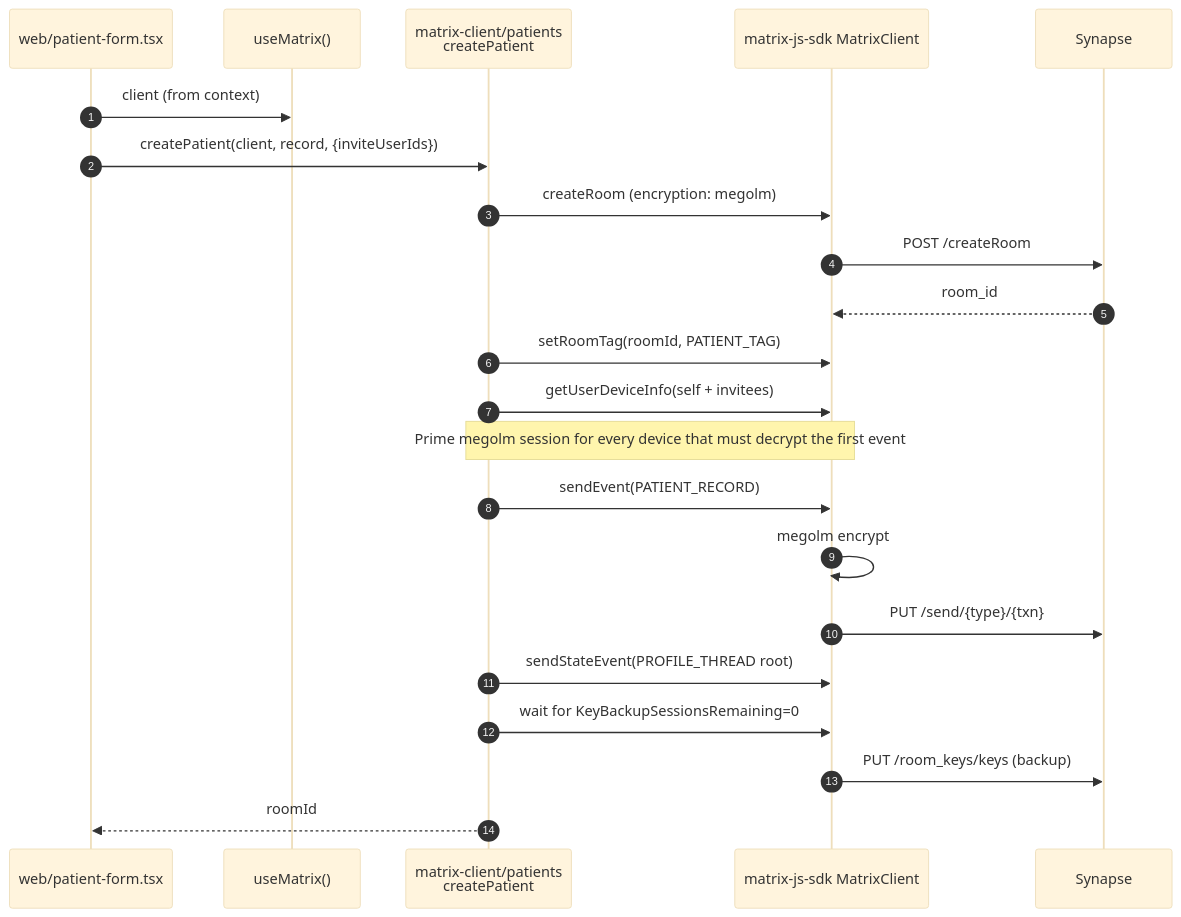
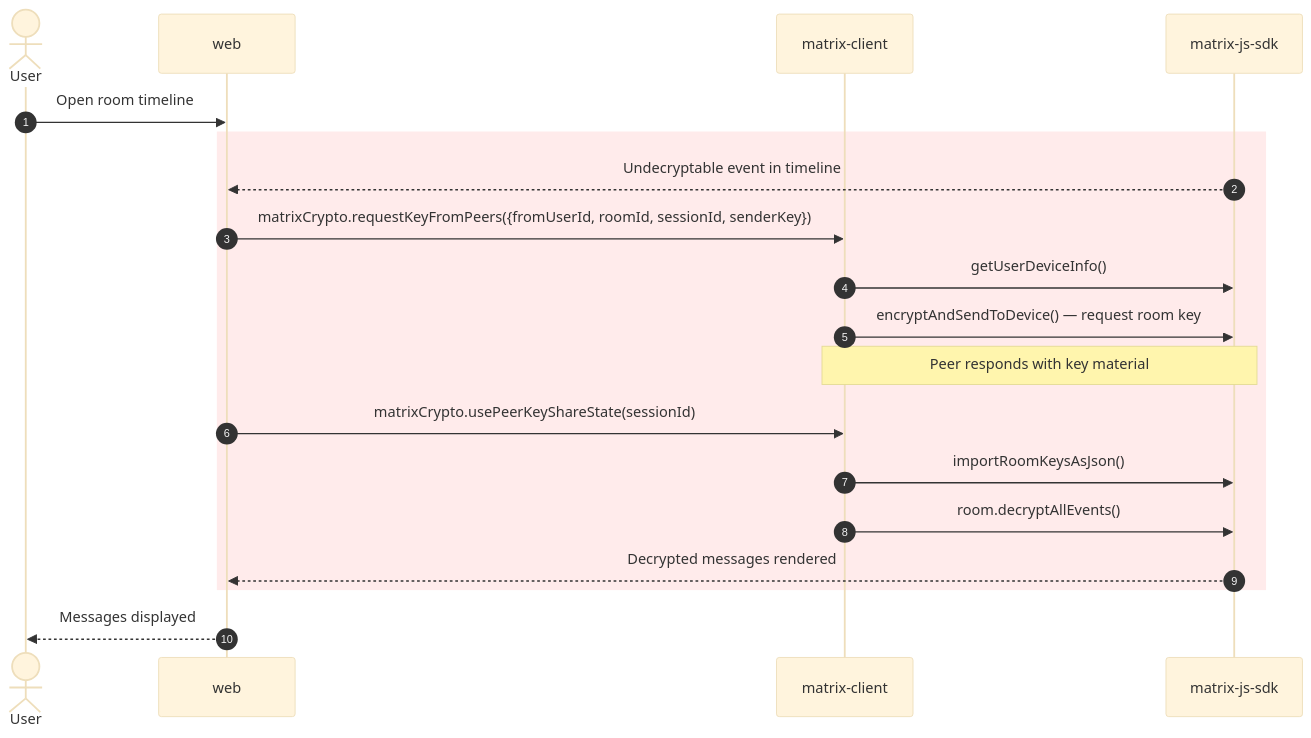
Before and after one commit to tini-works/e2ee-exploration: the third of 3 diagrams in README.md, drawn with Mermaid (base theme). The commit also changed other lines of this file and 63 other files, not shown here.

Commit message:
feat(attachments): encrypted file, inline preview, delete, timeline polish

````diff
--- a/README.md
+++ b/README.md
@@ -65,25 +71,22 @@
 ```mermaid
 sequenceDiagram
-    autonumber
-    participant UI as web/patient-form.tsx
-    participant Hook as useMatrix()
-    participant Patients as matrix-client/patients<br/>createPatient
-    participant SDK as matrix-js-sdk MatrixClient
-    participant HS as Synapse
+  autonumber
+  actor U as User
+  participant W as web
+  participant MC as matrix-client
+  participant SDK as matrix-js-sdk
 
-    UI->>Hook: client (from context)
-    UI->>Patients: createPatient(client, record, {inviteUserIds})
-    Patients->>SDK: createRoom (encryption: megolm)
-    SDK->>HS: POST /createRoom
-    HS-->>SDK: room_id
-    Patients->>SDK: setRoomTag(roomId, PATIENT_TAG)
-    Patients->>SDK: getUserDeviceInfo(self + invitees)
-    Note over Patients,SDK: Prime megolm session for every device that must decrypt the first event
-    Patients->>SDK: sendEvent(PATIENT_RECORD)
-    SDK->>SDK: megolm encrypt
-    SDK->>HS: PUT /send/{type}/{txn}
-    Patients->>SDK: sendStateEvent(PROFILE_THREAD root)
-    Patients->>SDK: wait for KeyBackupSessionsRemaining=0
-    SDK->>HS: PUT /room_keys/keys (backup)
-    Patients-->>UI: roomId
+  U->>W: Open room timeline
+  rect rgb(255, 235, 235)
+  SDK-->>W: Undecryptable event in timeline
+  W->>MC: matrixCrypto.requestKeyFromPeers({fromUserId, roomId, sessionId, senderKey})
+  MC->>SDK: getUserDeviceInfo()
+  MC->>SDK: encryptAndSendToDevice() — request room key
+  Note over MC,SDK: Peer responds with key material
+  W->>MC: matrixCrypto.usePeerKeyShareState(sessionId)
+  MC->>SDK: importRoomKeysAsJson()
+  MC->>SDK: room.decryptAllEvents()
+  SDK-->>W: Decrypted messages rendered
+  end
+  W-->>U: Messages displayed
 ```
````
